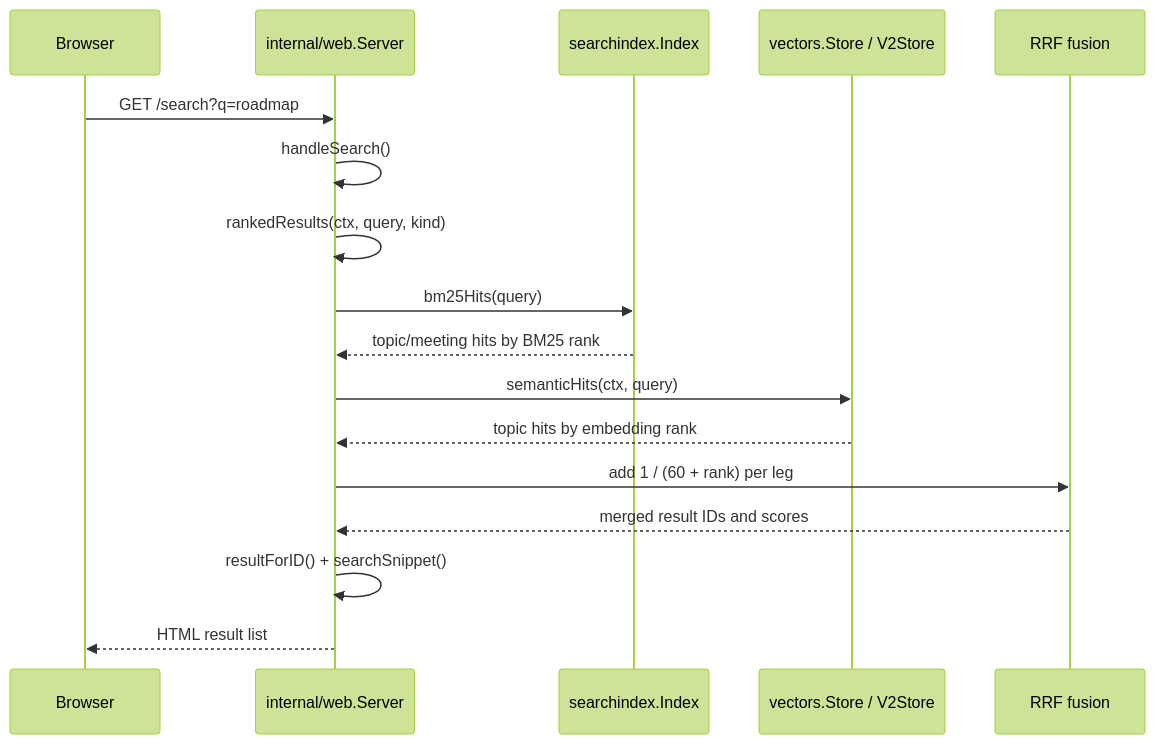
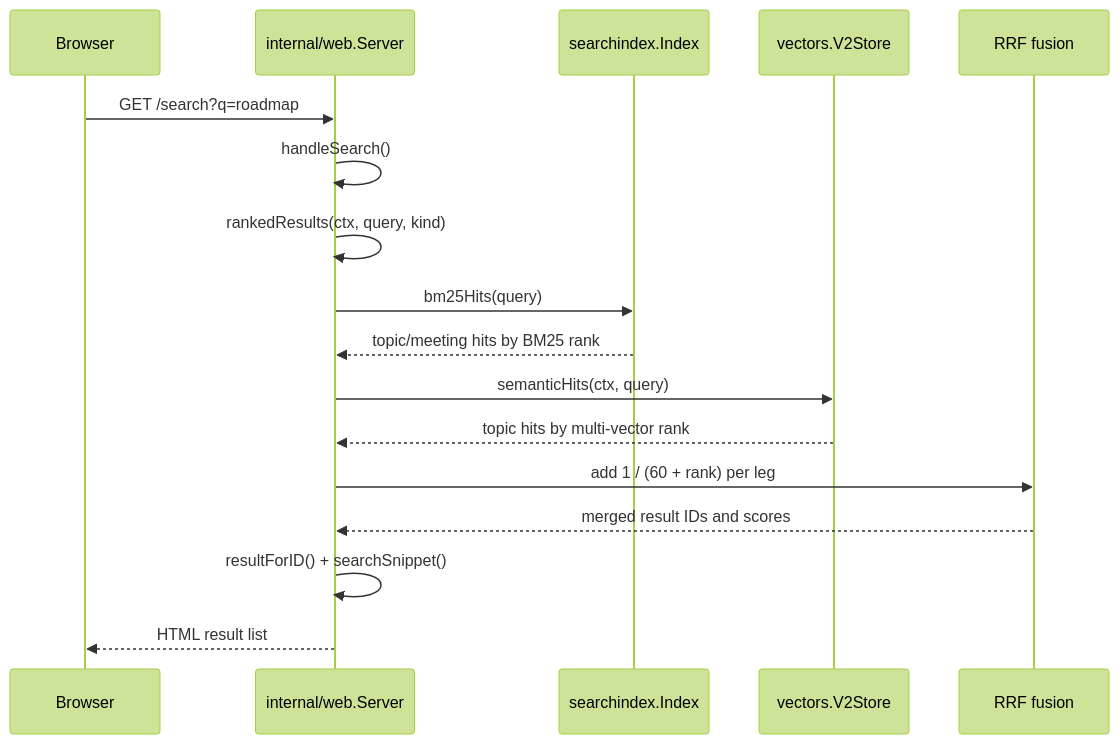
Before and after one commit to fernando143/patro: the second of 6 diagrams in docs/search-architecture.md, drawn with Mermaid (forest theme). The commit also changed other lines of this file and 9 other files, not shown here.

Commit message:
refactor(search): require multi-vector representations

````diff
--- a/docs/search-architecture.md
+++ b/docs/search-architecture.md
@@ -39,20 +39,20 @@
 ```mermaid
 sequenceDiagram
     participant B as Browser
     participant W as internal/web.Server
     participant I as searchindex.Index
-    participant V as vectors.Store / V2Store
+    participant V as vectors.V2Store
     participant F as RRF fusion
 
     B->>W: GET /search?q=roadmap
     W->>W: handleSearch()
     W->>W: rankedResults(ctx, query, kind)
     W->>I: bm25Hits(query)
     I-->>W: topic/meeting hits by BM25 rank
     W->>V: semanticHits(ctx, query)
-    V-->>W: topic hits by embedding rank
+    V-->>W: topic hits by multi-vector rank
     W->>F: add 1 / (60 + rank) per leg
     F-->>W: merged result IDs and scores
     W->>W: resultForID() + searchSnippet()
     W-->>B: HTML result list
 ```
````
